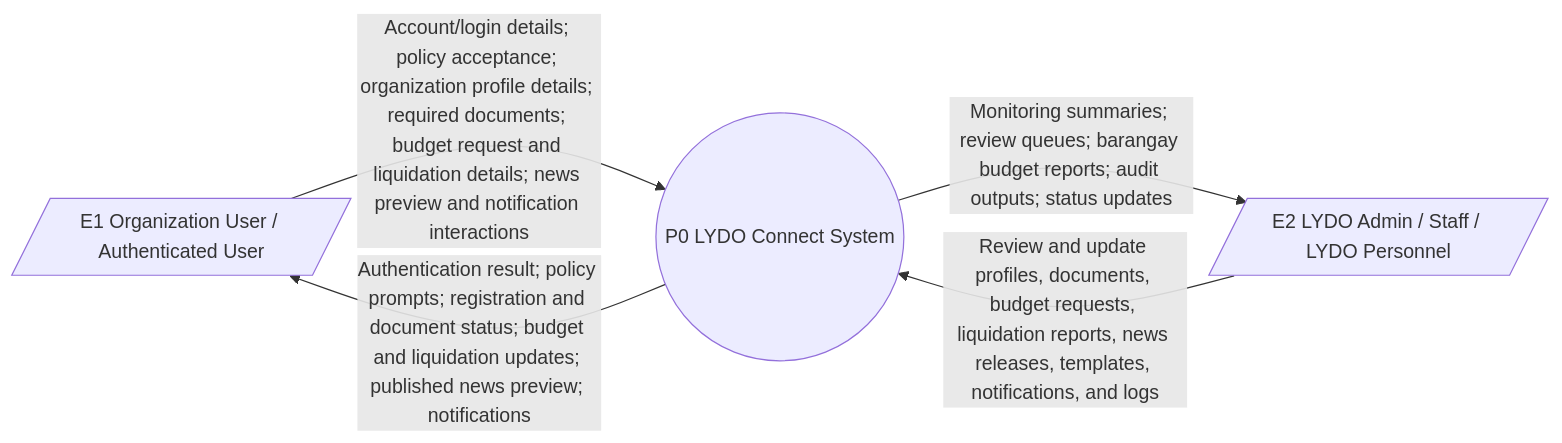
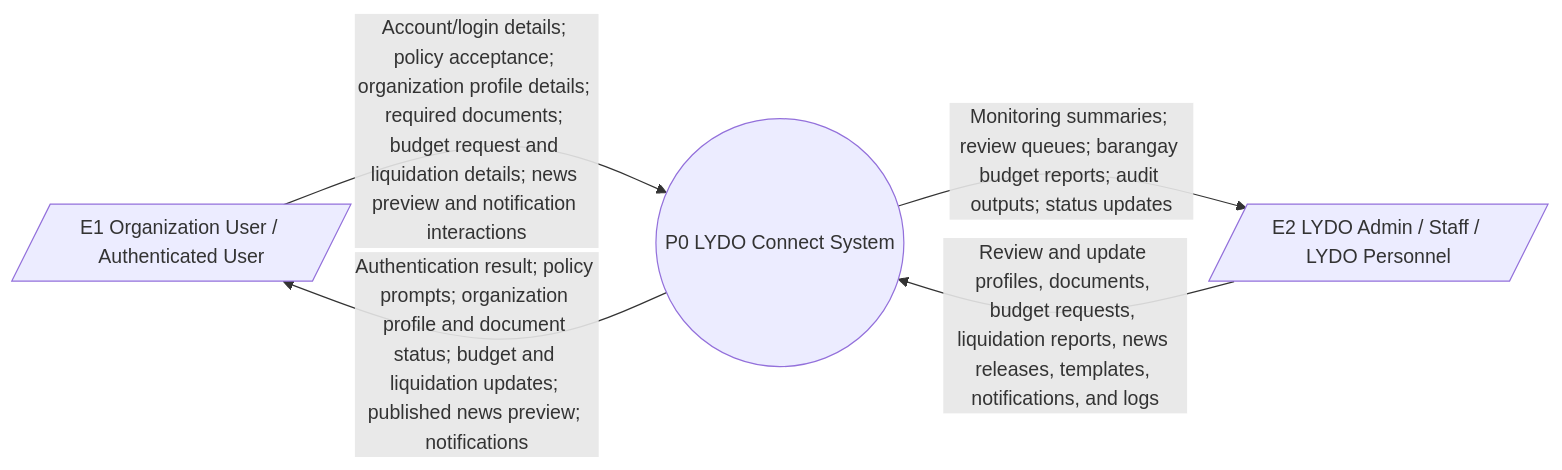
One commit to txiaoqt/lydo-connect-org-focused changed the first of 3 diagrams in Methodology/data flow diagram.md. Above: the diagram before and after it, drawn with Mermaid. The commit also changed other lines of this file, not shown here.

````diff
--- a/Methodology/data flow diagram.md
+++ b/Methodology/data flow diagram.md
@@ -12,12 +12,12 @@
 ```mermaid
 flowchart LR
     E1[/"E1 Organization User / Authenticated User"/]
     P0((P0 LYDO Connect System))
     E2[/"E2 LYDO Admin / Staff / LYDO Personnel"/]
 
     E1 -->|"Account/login details; policy acceptance; organization profile details; required documents; budget request and liquidation details; news preview and notification interactions"| P0
-    P0 -->|"Authentication result; policy prompts; registration and document status; budget and liquidation updates; published news preview; notifications"| E1
+    P0 -->|"Authentication result; policy prompts; organization profile and document status; budget and liquidation updates; published news preview; notifications"| E1
 
     E2 -->|"Review and update profiles, documents, budget requests, liquidation reports, news releases, templates, notifications, and logs"| P0
     P0 -->|"Monitoring summaries; review queues; barangay budget reports; audit outputs; status updates"| E2
 ```
````
